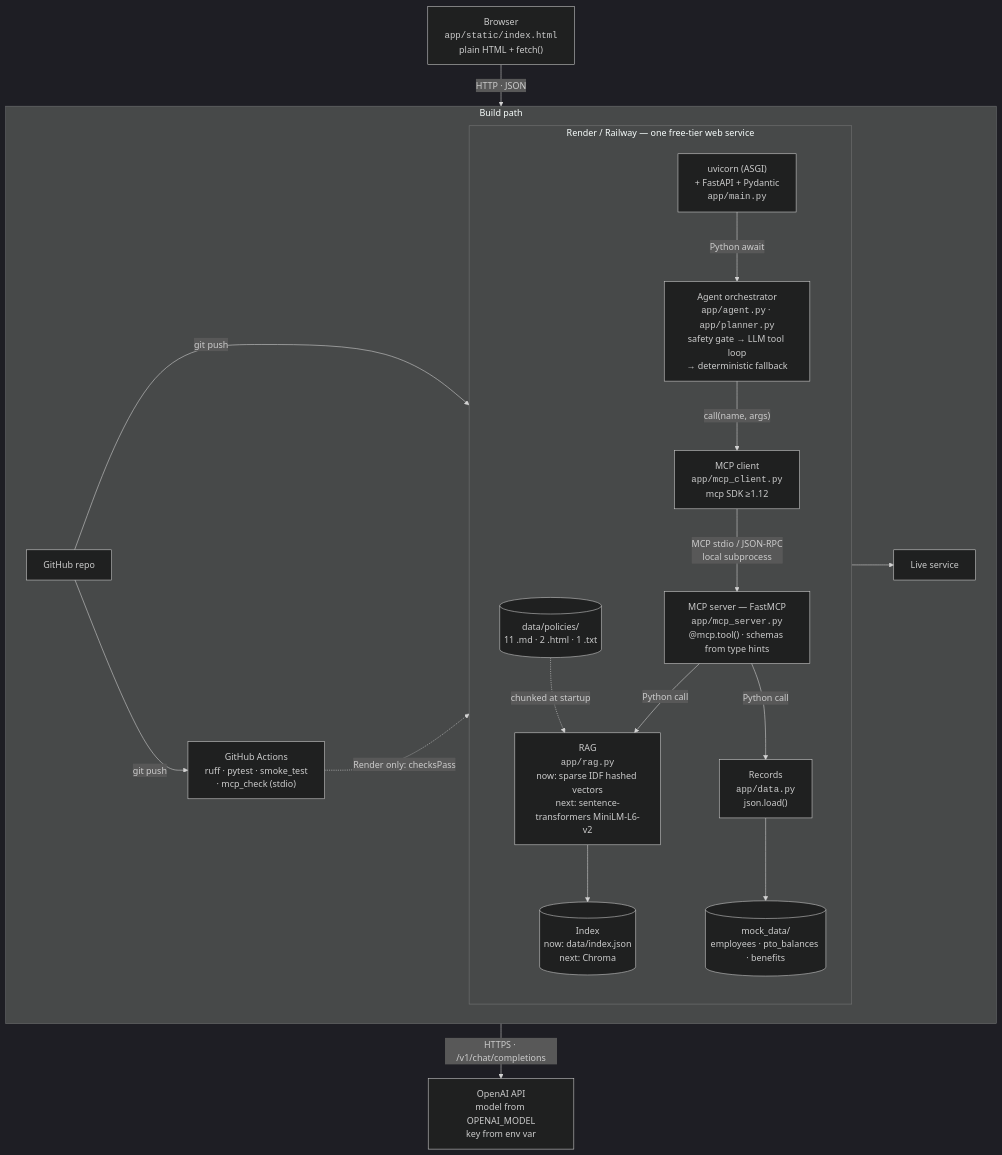
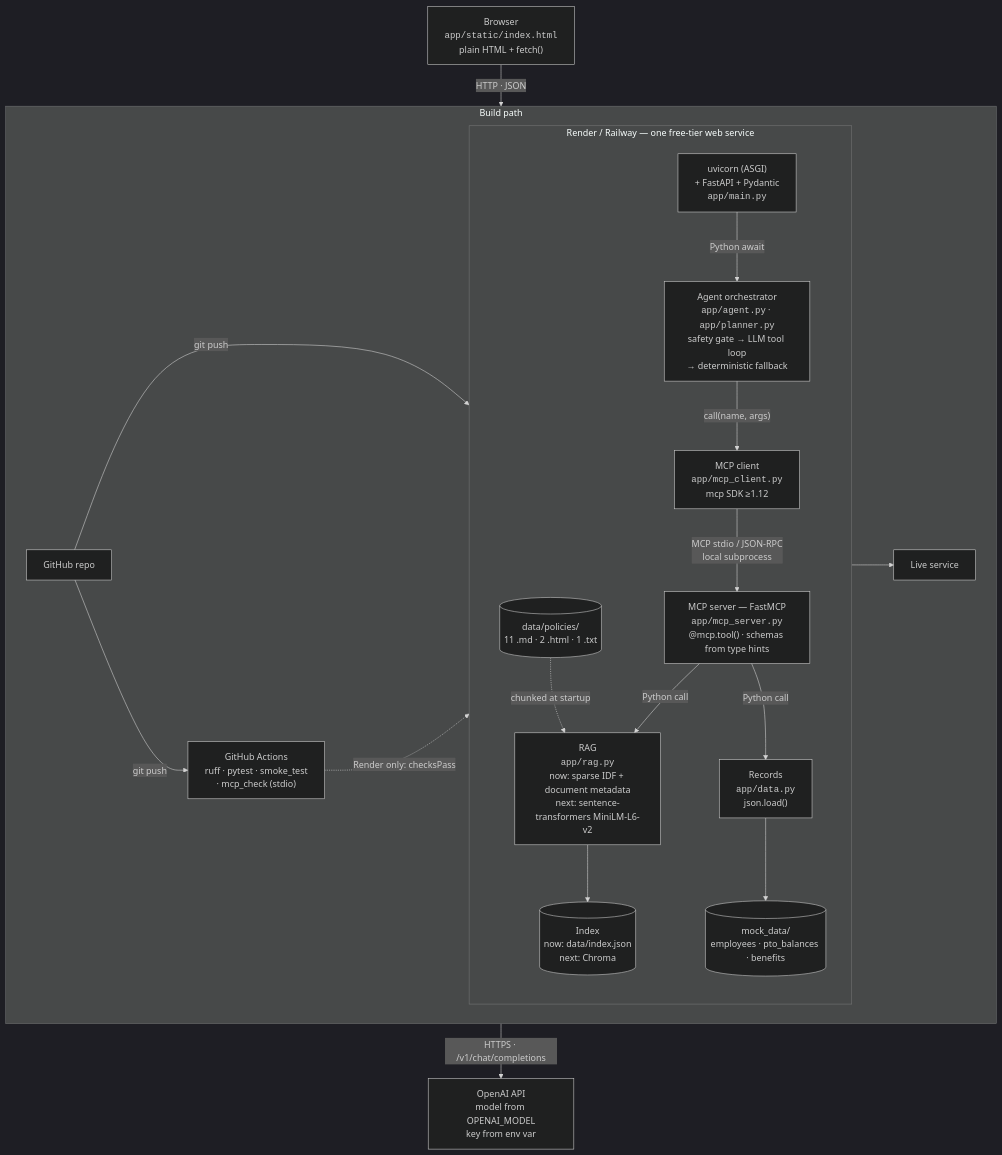
The second of 2 diagrams in design-and-evaluation.md (mehdihamid1/prj), drawn with Mermaid (dark theme) before and after one commit. The commit also changed other lines of this file and 14 other files, not shown here.

````diff
--- a/design-and-evaluation.md
+++ b/design-and-evaluation.md
@@ -69,38 +69,38 @@
 ```mermaid
 flowchart TB
     browser["Browser<br/><code>app/static/index.html</code><br/>plain HTML + fetch()"]
 
     subgraph host["Render / Railway — one free-tier web service"]
         direction TB
         server["uvicorn (ASGI)<br/>+ FastAPI + Pydantic<br/><code>app/main.py</code>"]
         orch["Agent orchestrator<br/><code>app/agent.py</code> · <code>app/planner.py</code><br/>safety gate → LLM tool loop<br/>→ deterministic fallback"]
         mcpc["MCP client<br/><code>app/mcp_client.py</code><br/>mcp SDK ≥1.12"]
         mcps["MCP server — FastMCP<br/><code>app/mcp_server.py</code><br/>@mcp.tool() · schemas from type hints"]
-        rag["RAG<br/><code>app/rag.py</code><br/>now: sparse IDF hashed vectors<br/>next: sentence-transformers MiniLM-L6-v2"]
+        rag["RAG<br/><code>app/rag.py</code><br/>now: sparse IDF + document metadata<br/>next: sentence-transformers MiniLM-L6-v2"]
         idx[("Index<br/>now: data/index.json<br/>next: Chroma")]
         data["Records<br/><code>app/data.py</code><br/>json.load()"]
         files[("mock_data/<br/>employees · pto_balances · benefits")]
         corpus[("data/policies/<br/>11 .md · 2 .html · 1 .txt")]
     end
 
     llm["OpenAI API<br/>model from OPENAI_MODEL<br/>key from env var"]
 
     browser -->|"HTTP · JSON"| server
     server -->|"Python await"| orch
     orch -->|"HTTPS · /v1/chat/completions"| llm
     orch -->|"call(name, args)"| mcpc
     mcpc -->|"MCP stdio / JSON-RPC<br/>local subprocess"| mcps
     mcps -->|"Python call"| rag
     mcps -->|"Python call"| data
     rag --> idx
     data --> files
     corpus -. "chunked at startup" .-> rag
 
     subgraph build["Build path"]
         direction LR
         repo["GitHub repo"] -->|"git push"| ci["GitHub Actions<br/>ruff · pytest · smoke_test<br/>· mcp_check (stdio)"]
         repo -->|"git push"| host["Render / Railway build<br/>pip install && pytest<br/>build fails ⇒ no deploy"]
         ci -. "Render only: checksPass" .-> host
         host --> deploy["Live service"]
     end
 ```
````
